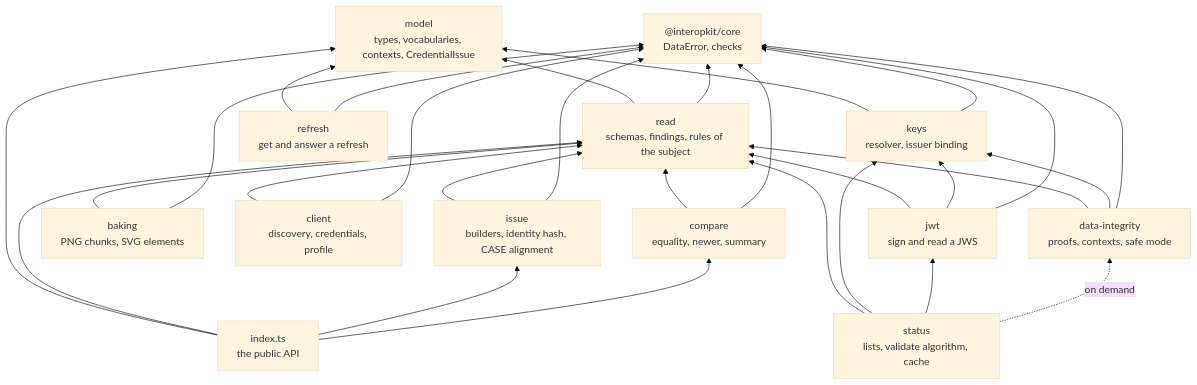
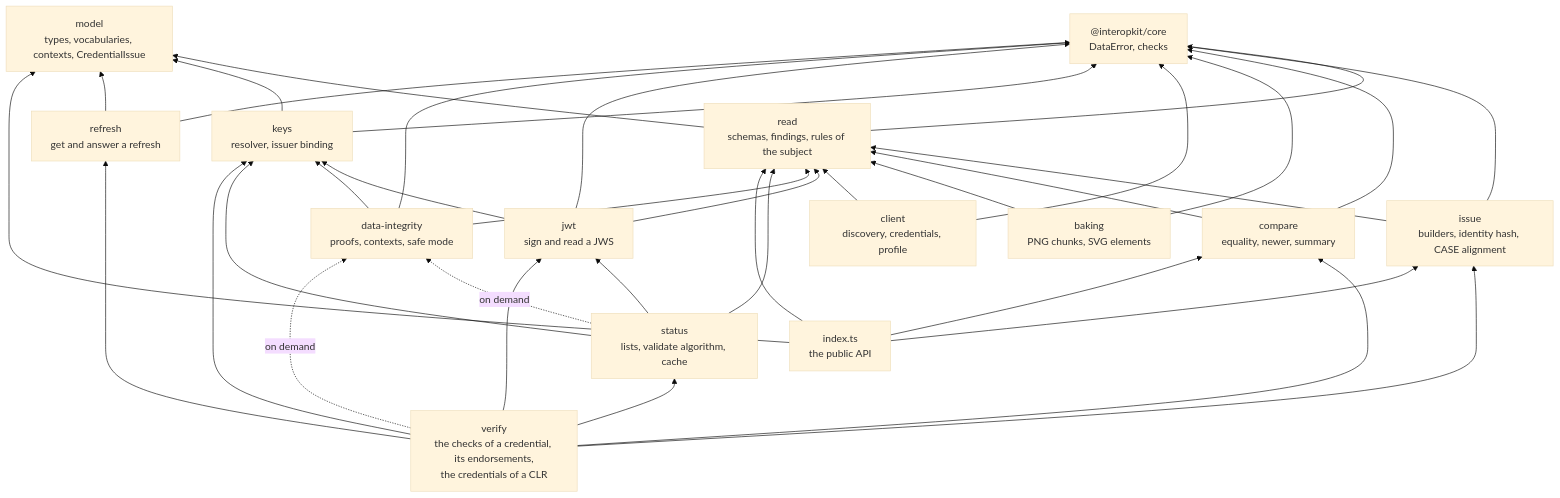
The first of 2 diagrams in docs/achievement-credentials/architecture.md (interopkit/interopkit), drawn with Mermaid (base theme) before and after one commit. The commit also changed other lines of this file and 63 other files, not shown here.

````diff
--- a/docs/achievement-credentials/architecture.md
+++ b/docs/achievement-credentials/architecture.md
@@ -14,44 +16,52 @@
 ```mermaid
 flowchart BT
   core["@interopkit/core<br/>DataError, checks"]
   model["model<br/>types, vocabularies, contexts, CredentialIssue"]
   read["read<br/>schemas, findings, rules of the subject"]
   issue["issue<br/>builders, identity hash, CASE alignment"]
   compare["compare<br/>equality, newer, summary"]
   baking["baking<br/>PNG chunks, SVG elements"]
   client["client<br/>discovery, credentials, profile"]
   keys["keys<br/>resolver, issuer binding"]
   jwt["jwt<br/>sign and read a JWS"]
   di["data-integrity<br/>proofs, contexts, safe mode"]
   status["status<br/>lists, validate algorithm, cache"]
   refresh["refresh<br/>get and answer a refresh"]
+  verify["verify<br/>the checks of a credential, its endorsements,<br/>the credentials of a CLR"]
   root["index.ts<br/>the public API"]
   read --> model
   read --> core
   issue --> read
   issue --> core
   compare --> read
   compare --> core
   baking --> read
   baking --> core
   client --> read
   client --> core
   keys --> model
   keys --> core
   jwt --> read
   jwt --> keys
   jwt --> core
   di --> read
   di --> keys
   di --> core
   status --> read
   status --> keys
   status --> jwt
   status -.->|"on demand"| di
   refresh --> model
   refresh --> core
+  verify --> issue
+  verify --> compare
+  verify --> jwt
+  verify --> keys
+  verify --> status
+  verify --> refresh
+  verify -.->|"on demand"| di
   root --> model
   root --> read
   root --> issue
   root --> compare
 ```
````
